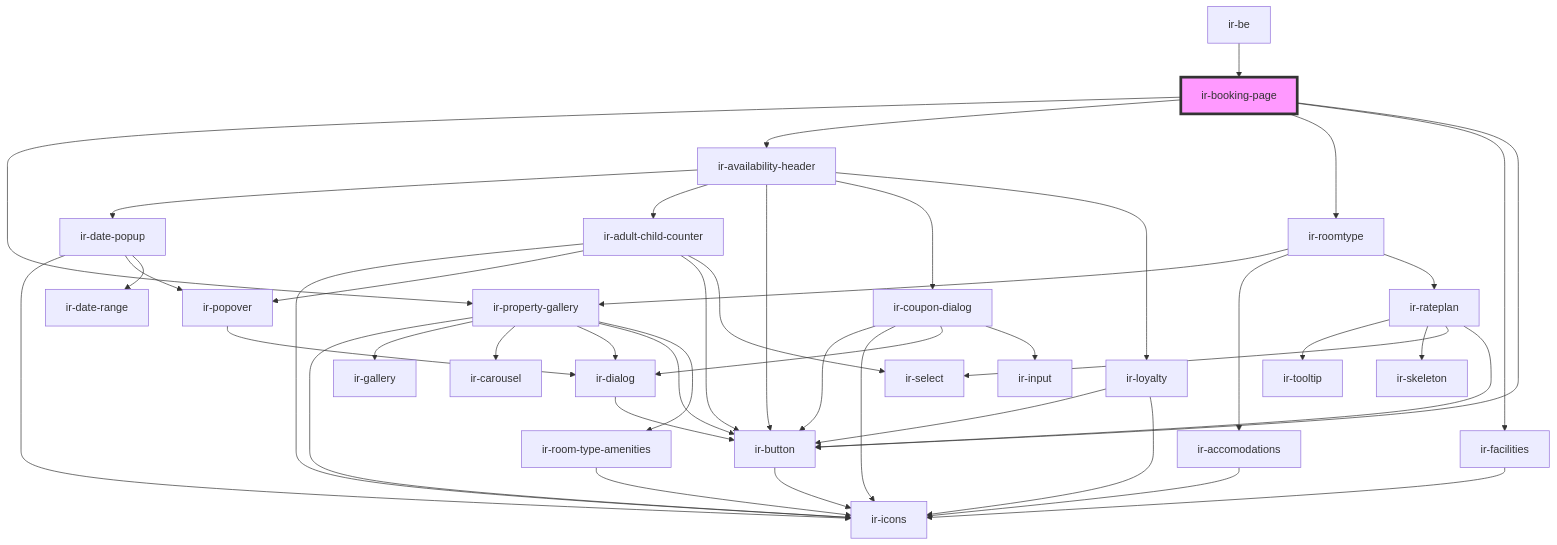
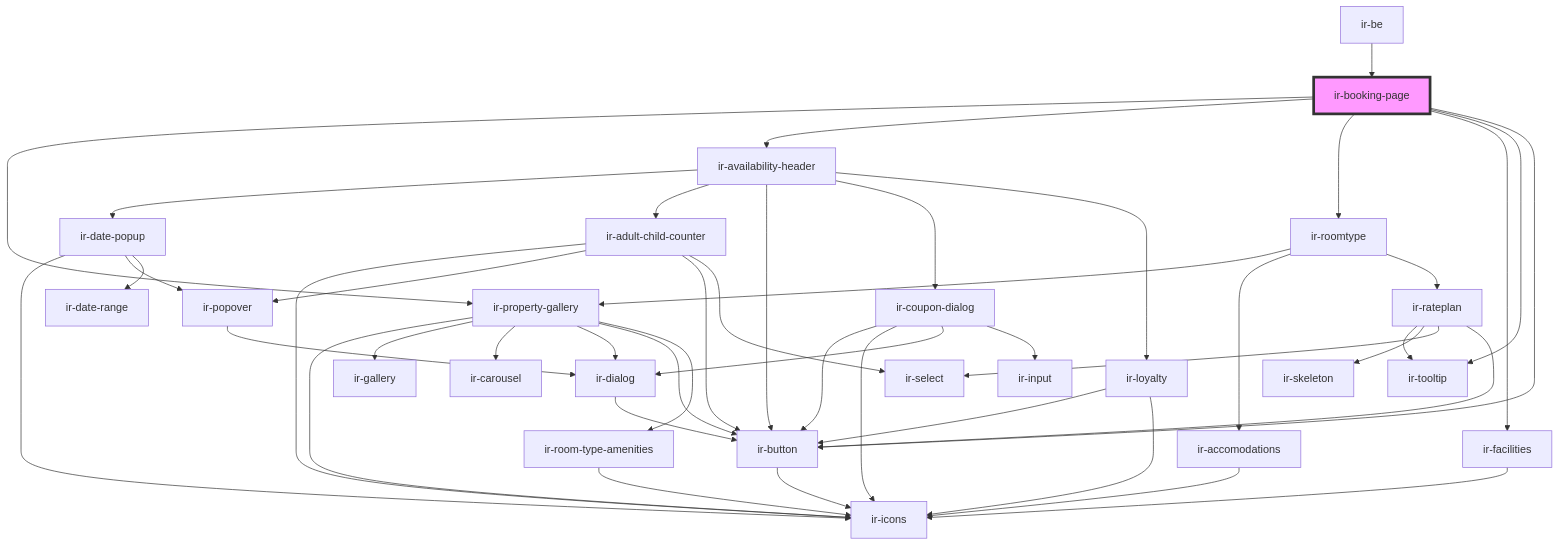
Before and after one commit to RonyRizk/ir-be: the diagram in src/components/ir-booking-engine/ir-booking-page/readme.md, drawn with Mermaid. The commit also changed other lines of this file and 22 other files, not shown here.

````diff
--- a/src/components/ir-booking-engine/ir-booking-page/readme.md
+++ b/src/components/ir-booking-engine/ir-booking-page/readme.md
@@ -41,47 +42,48 @@
 ```mermaid
 graph TD;
   ir-booking-page --> ir-property-gallery
   ir-booking-page --> ir-availability-header
   ir-booking-page --> ir-roomtype
   ir-booking-page --> ir-facilities
+  ir-booking-page --> ir-tooltip
   ir-booking-page --> ir-button
   ir-property-gallery --> ir-icons
   ir-property-gallery --> ir-gallery
   ir-property-gallery --> ir-carousel
   ir-property-gallery --> ir-dialog
   ir-property-gallery --> ir-button
   ir-property-gallery --> ir-room-type-amenities
   ir-dialog --> ir-button
   ir-button --> ir-icons
   ir-room-type-amenities --> ir-icons
   ir-availability-header --> ir-date-popup
   ir-availability-header --> ir-adult-child-counter
   ir-availability-header --> ir-button
   ir-availability-header --> ir-coupon-dialog
   ir-availability-header --> ir-loyalty
   ir-date-popup --> ir-icons
   ir-date-popup --> ir-popover
   ir-date-popup --> ir-date-range
   ir-popover --> ir-dialog
   ir-adult-child-counter --> ir-icons
   ir-adult-child-counter --> ir-popover
   ir-adult-child-counter --> ir-button
   ir-adult-child-counter --> ir-select
   ir-coupon-dialog --> ir-button
   ir-coupon-dialog --> ir-icons
   ir-coupon-dialog --> ir-dialog
   ir-coupon-dialog --> ir-input
   ir-loyalty --> ir-button
   ir-loyalty --> ir-icons
   ir-roomtype --> ir-property-gallery
   ir-roomtype --> ir-accomodations
   ir-roomtype --> ir-rateplan
   ir-accomodations --> ir-icons
   ir-rateplan --> ir-tooltip
   ir-rateplan --> ir-skeleton
   ir-rateplan --> ir-select
   ir-rateplan --> ir-button
   ir-facilities --> ir-icons
   ir-be --> ir-booking-page
   style ir-booking-page fill:#f9f,stroke:#333,stroke-width:4px
 ```
````
